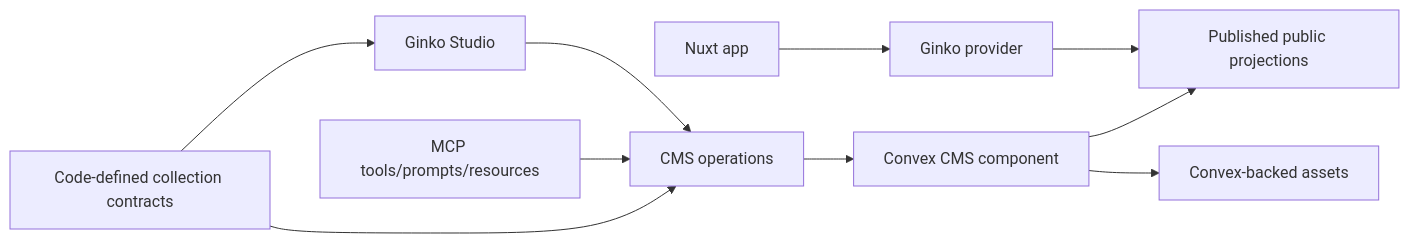
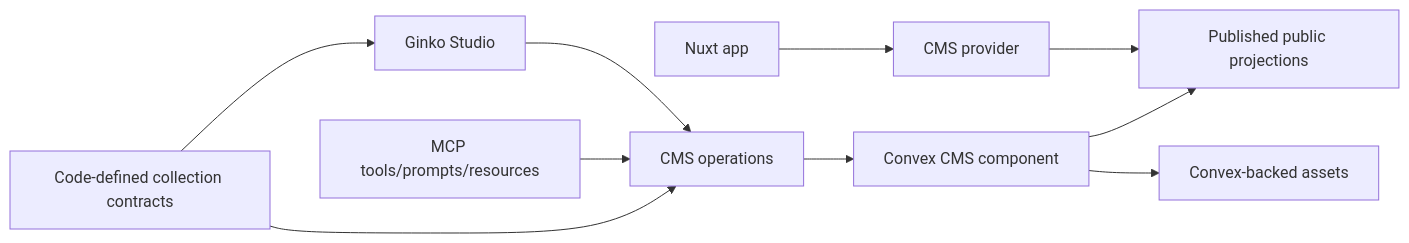
Before and after one commit to lupinum-dev/ginko-cms: the diagram in ARCHITECTURE.md, drawn with Mermaid. The commit also changed other lines of this file and 16 other files, not shown here.

Commit message:
Auto-register CMS content provider

````diff
--- a/ARCHITECTURE.md
+++ b/ARCHITECTURE.md
@@ -27,12 +27,12 @@
 ```mermaid
 flowchart LR
-  App["Nuxt app"] --> Provider["Ginko provider"]
+  App["Nuxt app"] --> Provider["CMS provider"]
   Provider --> Projections["Published public projections"]
   Studio["Ginko Studio"] --> Ops["CMS operations"]
   MCP["MCP tools/prompts/resources"] --> Ops
   Ops --> Convex["Convex CMS component"]
   Convex --> Projections
   Convex --> Assets["Convex-backed assets"]
   Contract["Code-defined collection contracts"] --> Studio
   Contract --> Ops
 ```
````
